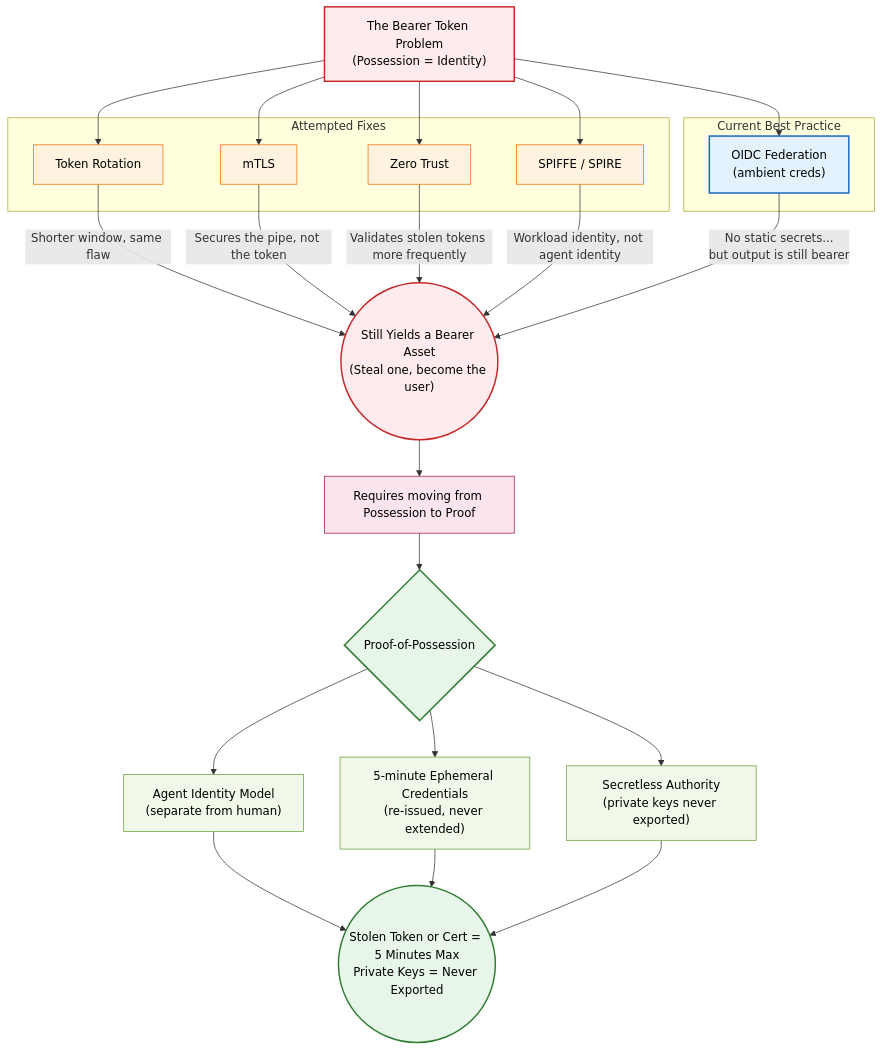
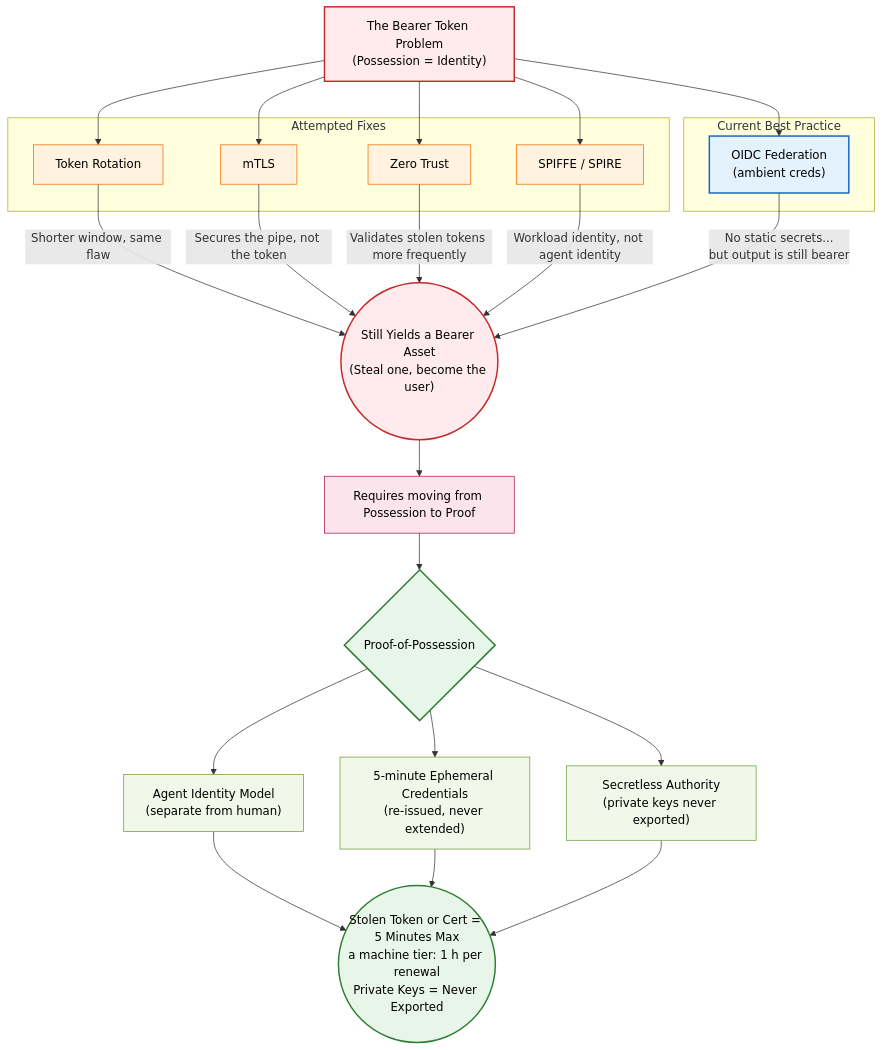
One commit to agentic-research/notme changed the first of 3 diagrams in README.md. Above: the diagram before and after it, drawn with Mermaid. The commit also changed 3 other files, not shown here.

````diff
--- a/README.md
+++ b/README.md
@@ -22,44 +22,44 @@
 ```mermaid
 graph TD
     classDef rootProblem fill:#ffebee,stroke:#c62828,stroke-width:2px,color:#000
     classDef bandAid fill:#fff3e0,stroke:#ef6c00,stroke-width:1px,color:#000
     classDef current fill:#e3f2fd,stroke:#1565c0,stroke-width:2px,color:#000
     classDef signet fill:#e8f5e9,stroke:#2e7d32,stroke-width:2px,color:#000
     classDef feature fill:#f1f8e9,stroke:#689f38,stroke-width:1px,color:#000
     classDef bridge fill:#fce4ec,stroke:#ad1457,stroke-width:1px,color:#000
 
     Root["The Bearer Token Problem<br/>(Possession = Identity)"]:::rootProblem
 
     subgraph StatusQuo ["Attempted Fixes"]
         TR["Token Rotation"]:::bandAid
         mTLS["mTLS"]:::bandAid
         ZT["Zero Trust"]:::bandAid
         SPIFFE["SPIFFE / SPIRE"]:::bandAid
     end
 
     subgraph Current ["Current Best Practice"]
         OIDC["OIDC Federation<br/>(ambient creds)"]:::current
     end
 
     Root --> TR & mTLS & ZT & SPIFFE
     Root --> OIDC
 
     TR -->|"Shorter window, same flaw"| Vuln
     mTLS -->|"Secures the pipe, not the token"| Vuln
     ZT -->|"Validates stolen tokens more frequently"| Vuln
     SPIFFE -->|"Workload identity, not agent identity"| Vuln
     OIDC -->|"No static secrets...<br/>but output is still bearer"| Vuln
 
     Vuln(("Still Yields a Bearer Asset<br/>(Steal one, become the user)")):::rootProblem
 
     Vuln --> Bridge["Requires moving from Possession to Proof"]:::bridge
     Bridge --> Signet
 
     Signet{"Proof-of-Possession"}:::signet
 
     Signet --> F1["Agent Identity Model<br/>(separate from human)"]:::feature
     Signet --> F2["5-minute Ephemeral Credentials<br/>(re-issued, never extended)"]:::feature
     Signet --> F3["Secretless Authority<br/>(private keys never exported)"]:::feature
 
-    F1 & F2 & F3 --> End((Stolen Token or Cert = 5 Minutes Max<br/>Private Keys = Never Exported)):::signet
+    F1 & F2 & F3 --> End((Stolen Token or Cert = 5 Minutes Max<br/>a machine tier: 1 h per renewal<br/>Private Keys = Never Exported)):::signet
 ```
````
